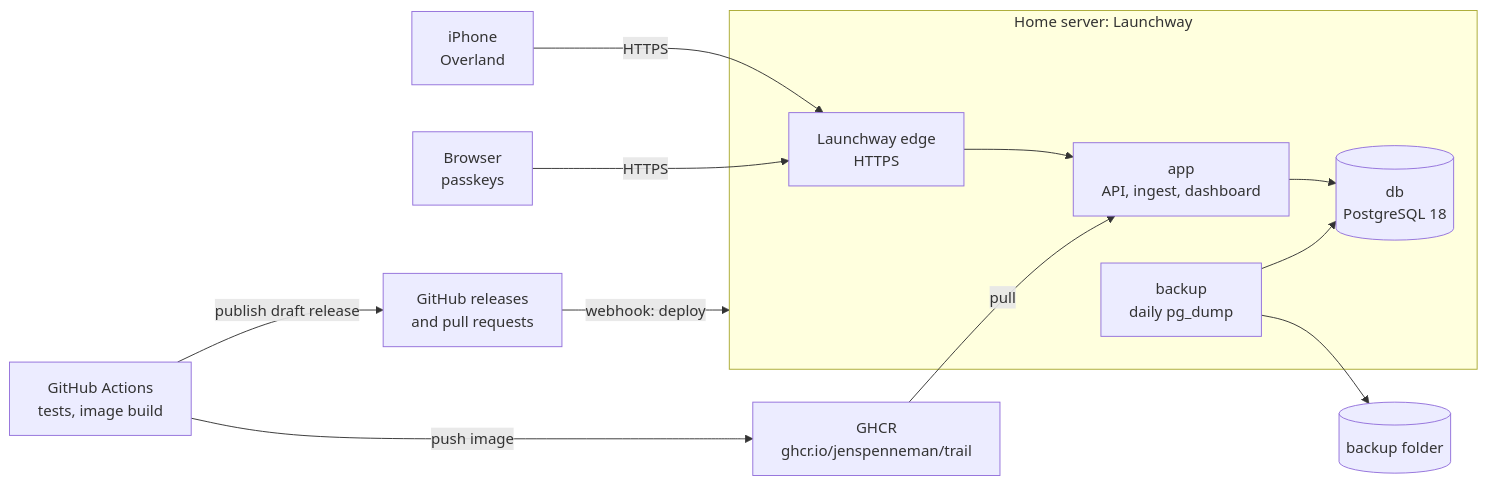
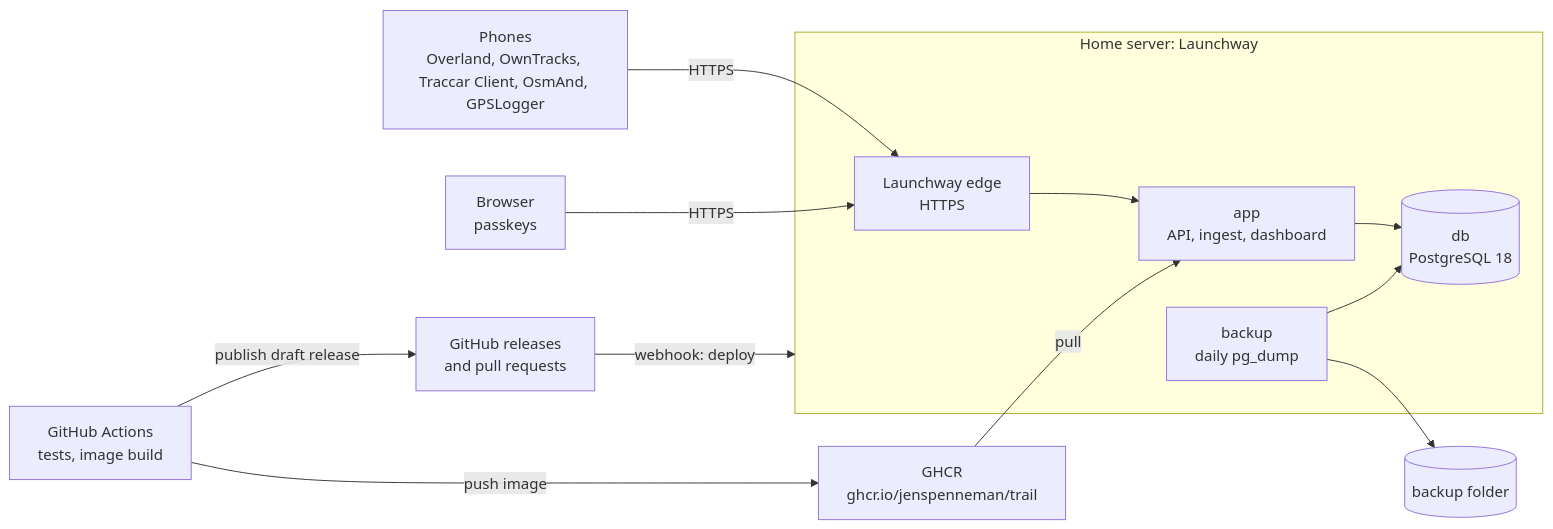
The diagram in README.md (JensPenneman/trail), drawn with Mermaid before and after one commit. The commit also changed other lines of this file and 8 other files, not shown here.

````diff
--- a/README.md
+++ b/README.md
@@ -87,28 +92,28 @@
 ```mermaid
 flowchart LR
-  phone["iPhone<br/>Overland"]
+  phone["Phones<br/>Overland, OwnTracks, Traccar Client, OsmAnd, GPSLogger"]
   browser["Browser<br/>passkeys"]
   ci["GitHub Actions<br/>tests, image build"]
   ghcr["GHCR<br/>ghcr.io/jenspenneman/trail"]
   releases["GitHub releases<br/>and pull requests"]
 
   subgraph server["Home server: Launchway"]
     edge["Launchway edge<br/>HTTPS"]
     app["app<br/>API, ingest, dashboard"]
     db[("db<br/>PostgreSQL 18")]
     backup["backup<br/>daily pg_dump"]
   end
 
   folder[("backup folder")]
 
   phone -->|HTTPS| edge
   browser -->|HTTPS| edge
   edge --> app
   app --> db
   backup --> db
   backup --> folder
   ci -->|"push image"| ghcr
   ci -->|"publish draft release"| releases
   releases -->|"webhook: deploy"| server
   ghcr -->|pull| app
 ```
````
